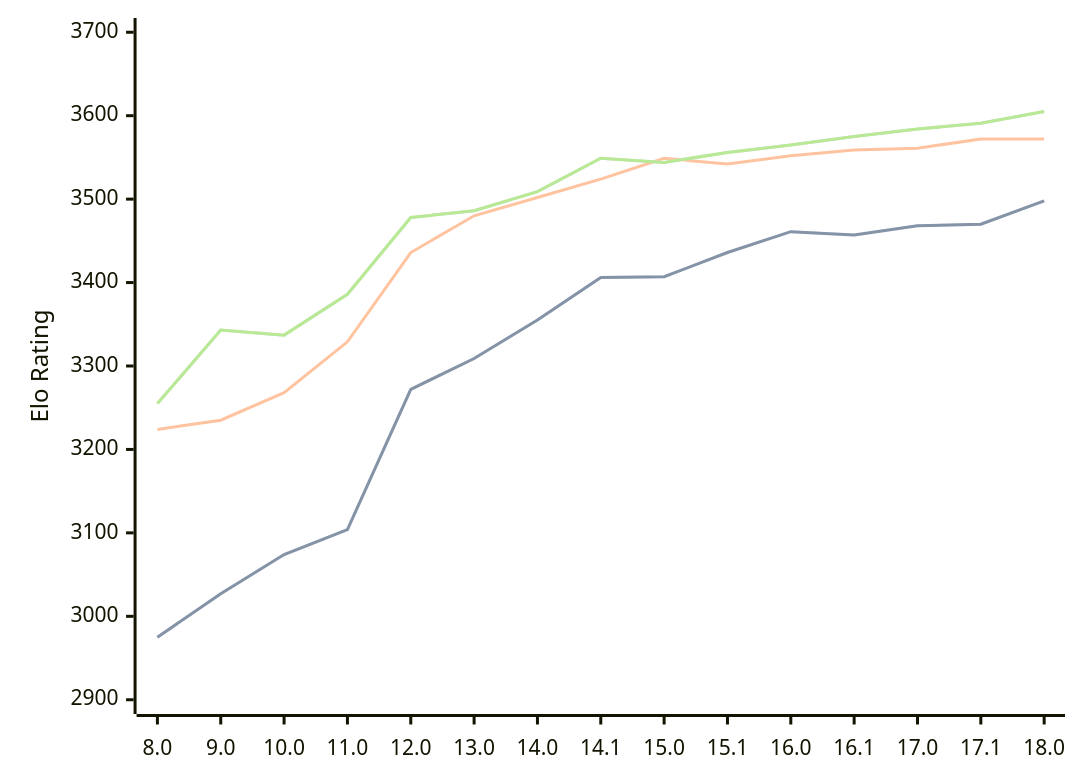
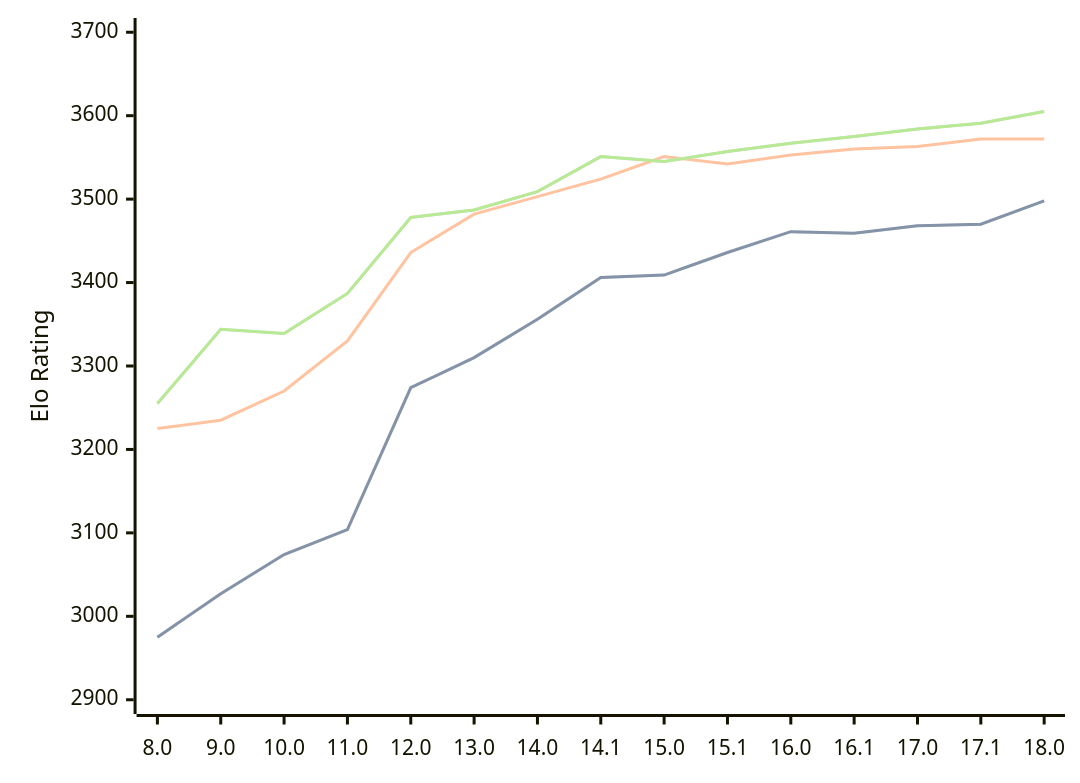
Before and after one commit to computer-chess-index/cci: the diagram in engines/Stockfish.md, drawn with Mermaid. The commit also changed other lines of this file, not shown here.

Commit message:
Update CCI Ratings (ELO VLTC) - 2026-05-22

````diff
--- a/engines/Stockfish.md
+++ b/engines/Stockfish.md
@@ -46,11 +46,11 @@
 ```mermaid
 %%{init: {"theme":"base","themeVariables":{"seriesColors:['#a3a3a3','#222221','#faa371']}}}%%
 xychart-beta
   x-axis ["8.0", "9.0", "10.0", "11.0", "12.0", "13.0", "14.0", "14.1", "15.0", "15.1", "16.0", "16.1", "17.0", "17.1", "18.0"]
   y-axis "Elo Rating" 2900 --> 3700
-  line "STC (8.0+0.08s)" [2975, 3027, 3074, 3104, 3272, 3309, 3355, 3406, 3407, 3436, 3461, 3457, 3468, 3470, 3498]
-  line "STC (8.0+0.08s)" [2975, 3027, 3074, 3104, 3272, 3309, 3355, 3406, 3407, 3436, 3461, 3457, 3468, 3470, 3498]
-  line "LTC (60.0+0.60s)" [3224, 3235, 3268, 3329, 3436, 3480, 3502, 3524, 3549, 3542, 3552, 3559, 3561, 3572, 3572]
-  line "VLTC (2m24s+1.12s)" [3255, 3343, 3337, 3386, 3478, 3486, 3509, 3549, 3544, 3556, 3565, 3575, 3584, 3591, 3605]
-  line "VLTC (2m24s+1.12s)" [3255, 3343, 3337, 3386, 3478, 3486, 3509, 3549, 3544, 3556, 3565, 3575, 3584, 3591, 3605]
+  line "STC (8.0+0.08s)" [2975, 3027, 3074, 3104, 3274, 3310, 3356, 3406, 3409, 3436, 3461, 3459, 3468, 3470, 3498]
+  line "STC (8.0+0.08s)" [2975, 3027, 3074, 3104, 3274, 3310, 3356, 3406, 3409, 3436, 3461, 3459, 3468, 3470, 3498]
+  line "LTC (60.0+0.60s)" [3225, 3235, 3270, 3330, 3436, 3482, 3503, 3524, 3551, 3542, 3553, 3560, 3563, 3572, 3572]
+  line "VLTC (2m24s+1.12s)" [3255, 3344, 3339, 3387, 3478, 3487, 3509, 3551, 3545, 3557, 3567, 3575, 3584, 3591, 3605]
+  line "VLTC (2m24s+1.12s)" [3255, 3344, 3339, 3387, 3478, 3487, 3509, 3551, 3545, 3557, 3567, 3575, 3584, 3591, 3605]
 ```
````
